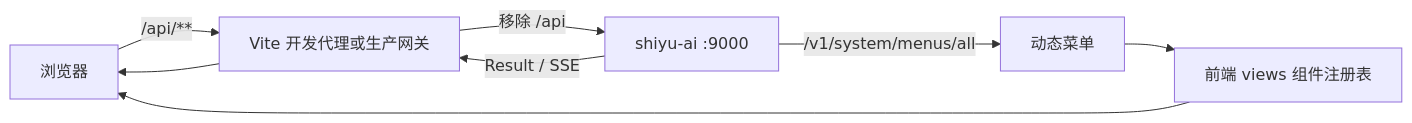
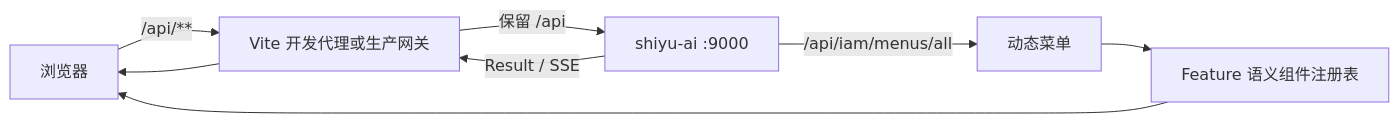
One commit to ShiRuYu/shiyu-ui changed the diagram in docs/项目介绍.md. Above: the diagram before and after it, drawn with Mermaid. The commit also changed other lines of this file and 13 other files, not shown here.

````diff
--- a/docs/项目介绍.md
+++ b/docs/项目介绍.md
@@ -52,10 +52,10 @@
 ```mermaid
 flowchart LR
     B["浏览器"] -->|"/api/**"| V["Vite 开发代理或生产网关"]
-    V -->|"移除 /api"| A["shiyu-ai :9000"]
+    V -->|"保留 /api"| A["shiyu-ai :9000"]
     A -->|"Result<T> / SSE"| V
     V --> B
-    A -->|"/v1/system/menus/all"| M["动态菜单"]
-    M --> R["前端 views 组件注册表"]
+    A -->|"/api/iam/menus/all"| M["动态菜单"]
+    M --> R["Feature 语义组件注册表"]
     R --> B
 ```
````
